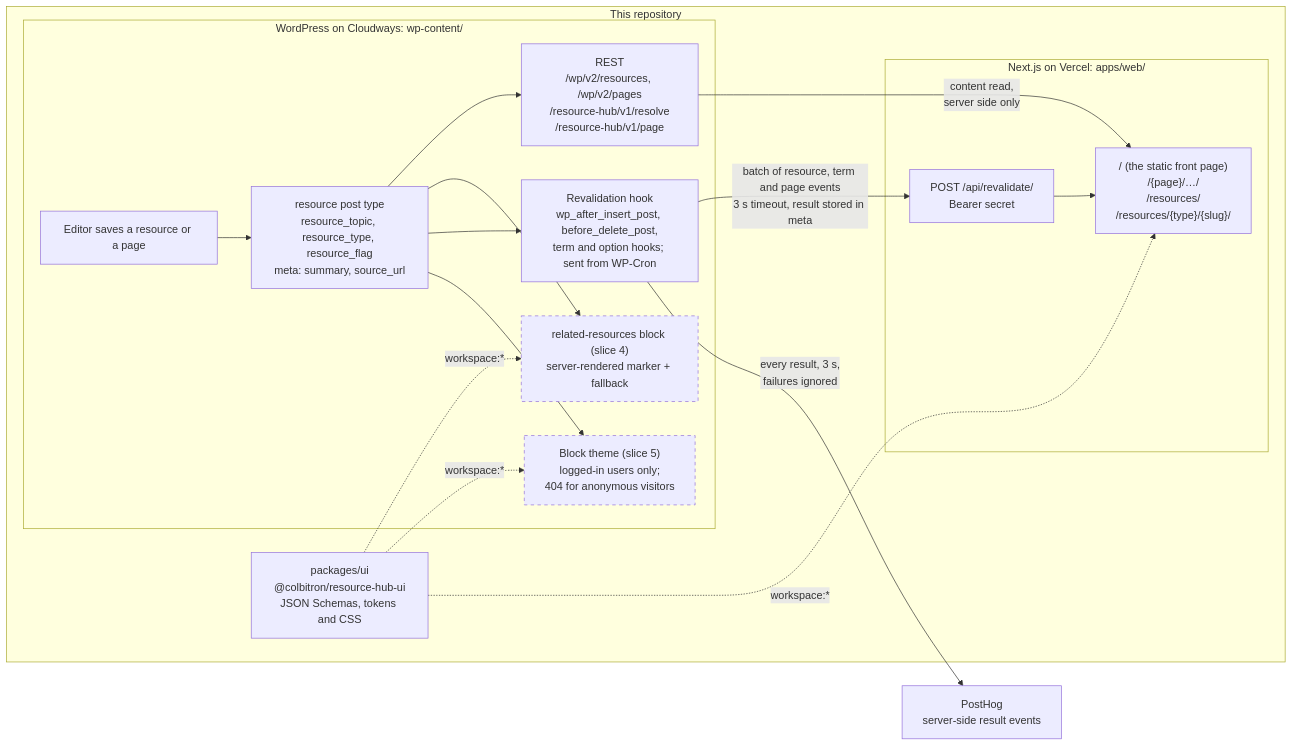
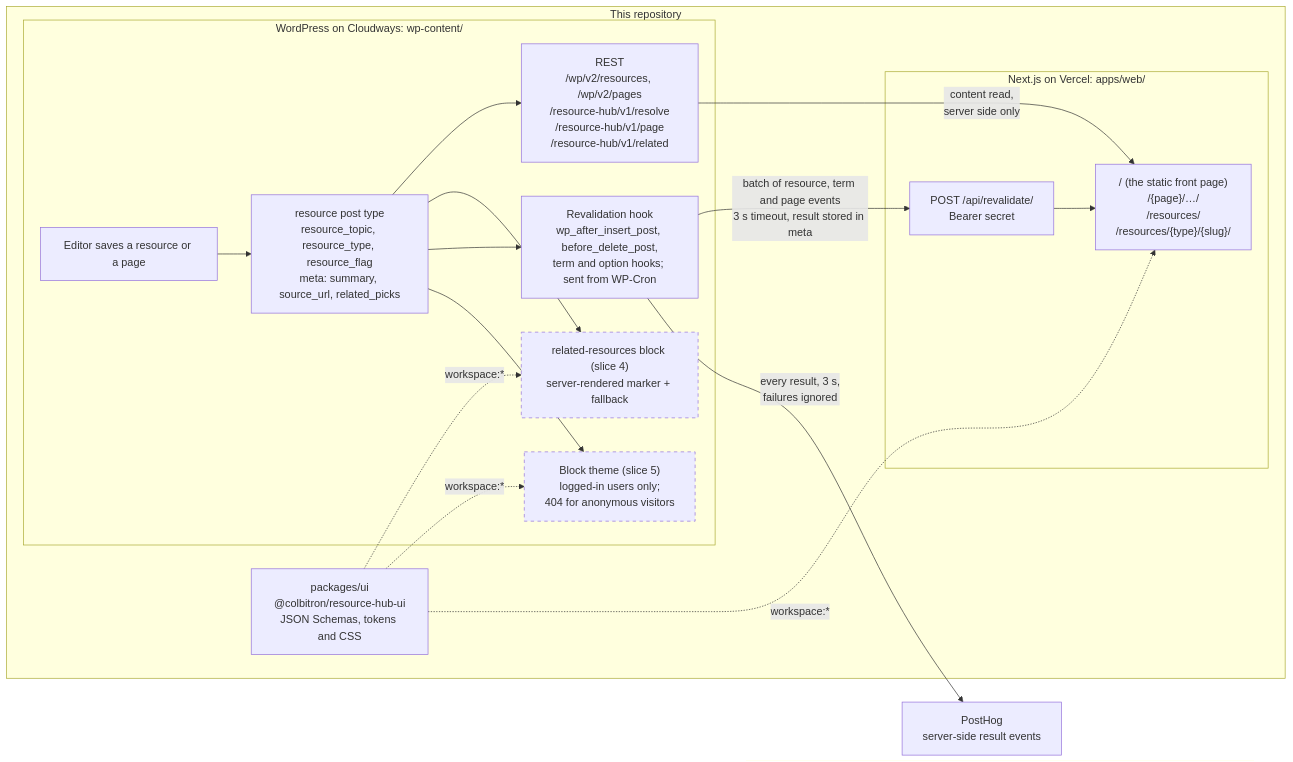
Before and after one commit to Colbitron/resource-hub-wp: the diagram in README.md, drawn with Mermaid. The commit also changed other lines of this file and 11 other files, not shown here.

````diff
--- a/README.md
+++ b/README.md
@@ -50,38 +51,38 @@
 ```mermaid
 flowchart LR
     subgraph repo["This repository"]
         subgraph wp["WordPress on Cloudways: wp-content/"]
             editor["Editor saves a resource or a page"]
-            cpt["resource post type<br/>resource_topic, resource_type, resource_flag<br/>meta: summary, source_url"]
-            rest["REST<br/>/wp/v2/resources, /wp/v2/pages<br/>/resource-hub/v1/resolve<br/>/resource-hub/v1/page"]
+            cpt["resource post type<br/>resource_topic, resource_type, resource_flag<br/>meta: summary, source_url, related_picks"]
+            rest["REST<br/>/wp/v2/resources, /wp/v2/pages<br/>/resource-hub/v1/resolve<br/>/resource-hub/v1/page<br/>/resource-hub/v1/related"]
             block["related-resources block (slice 4)<br/>server-rendered marker + fallback"]
             hook["Revalidation hook<br/>wp_after_insert_post, before_delete_post,<br/>term and option hooks; sent from WP-Cron"]
             theme["Block theme (slice 5)<br/>logged-in users only;<br/>404 for anonymous visitors"]
             editor --> cpt
             cpt --> rest
             cpt --> block
             cpt --> hook
             cpt --> theme
         end
 
         ui["packages/ui<br/>@colbitron/resource-hub-ui<br/>JSON Schemas, tokens and CSS"]
 
         subgraph next["Next.js on Vercel: apps/web/"]
             api["POST /api/revalidate/<br/>Bearer secret"]
             pages["/ (the static front page)<br/>/{page}/…/<br/>/resources/<br/>/resources/{type}/{slug}/"]
             api --> pages
         end
     end
 
     posthog["PostHog<br/>server-side result events"]
 
     rest -->|"content read,<br/>server side only"| pages
     hook -->|"batch of resource, term and page events<br/>3 s timeout, result stored in meta"| api
     hook -->|"every result, 3 s,<br/>failures ignored"| posthog
     ui -.->|"workspace:*"| block
     ui -.->|"workspace:*"| theme
     ui -.->|"workspace:*"| pages
 
     classDef planned stroke-dasharray: 5 5
     class theme,block planned
 ```
````
